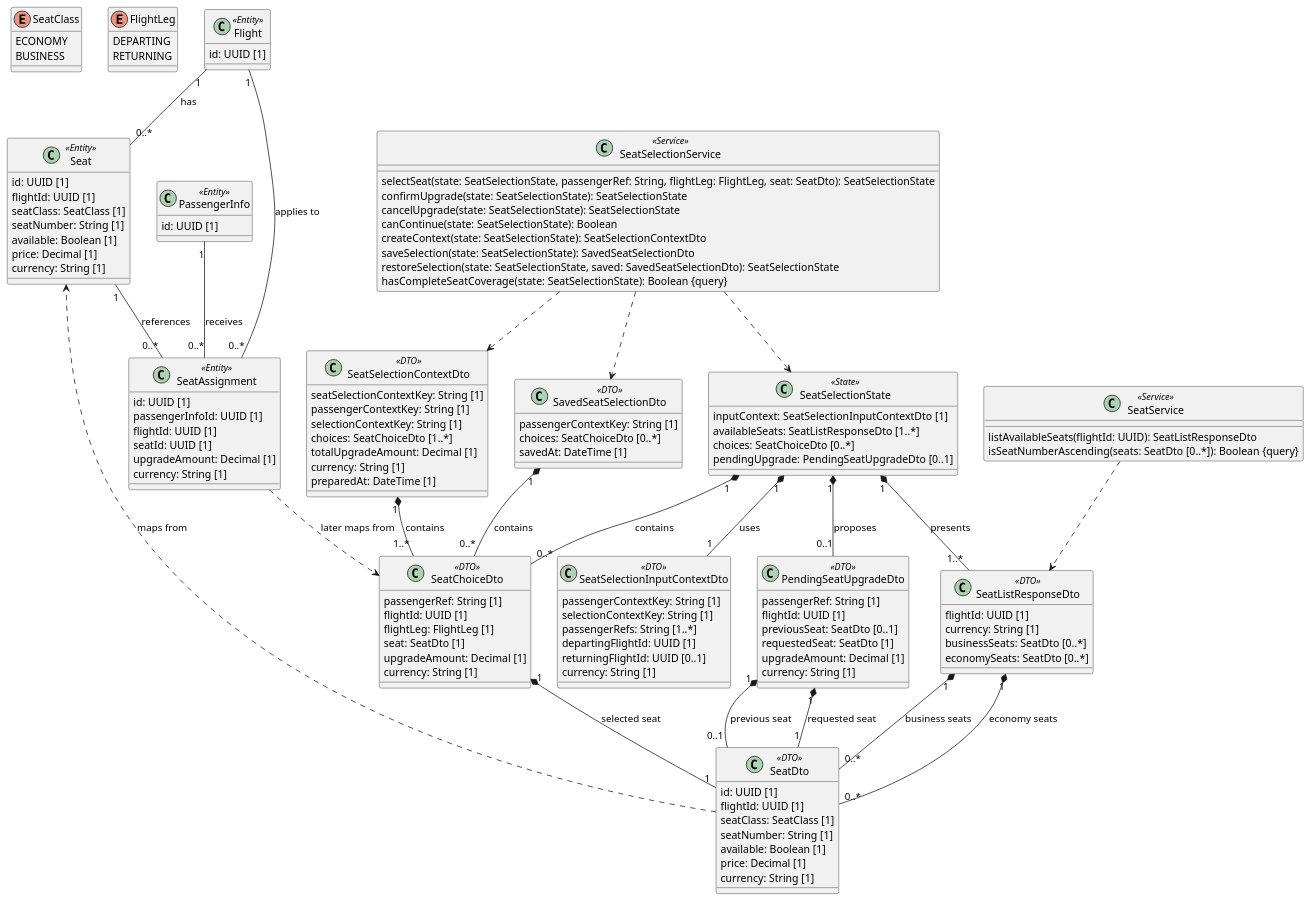
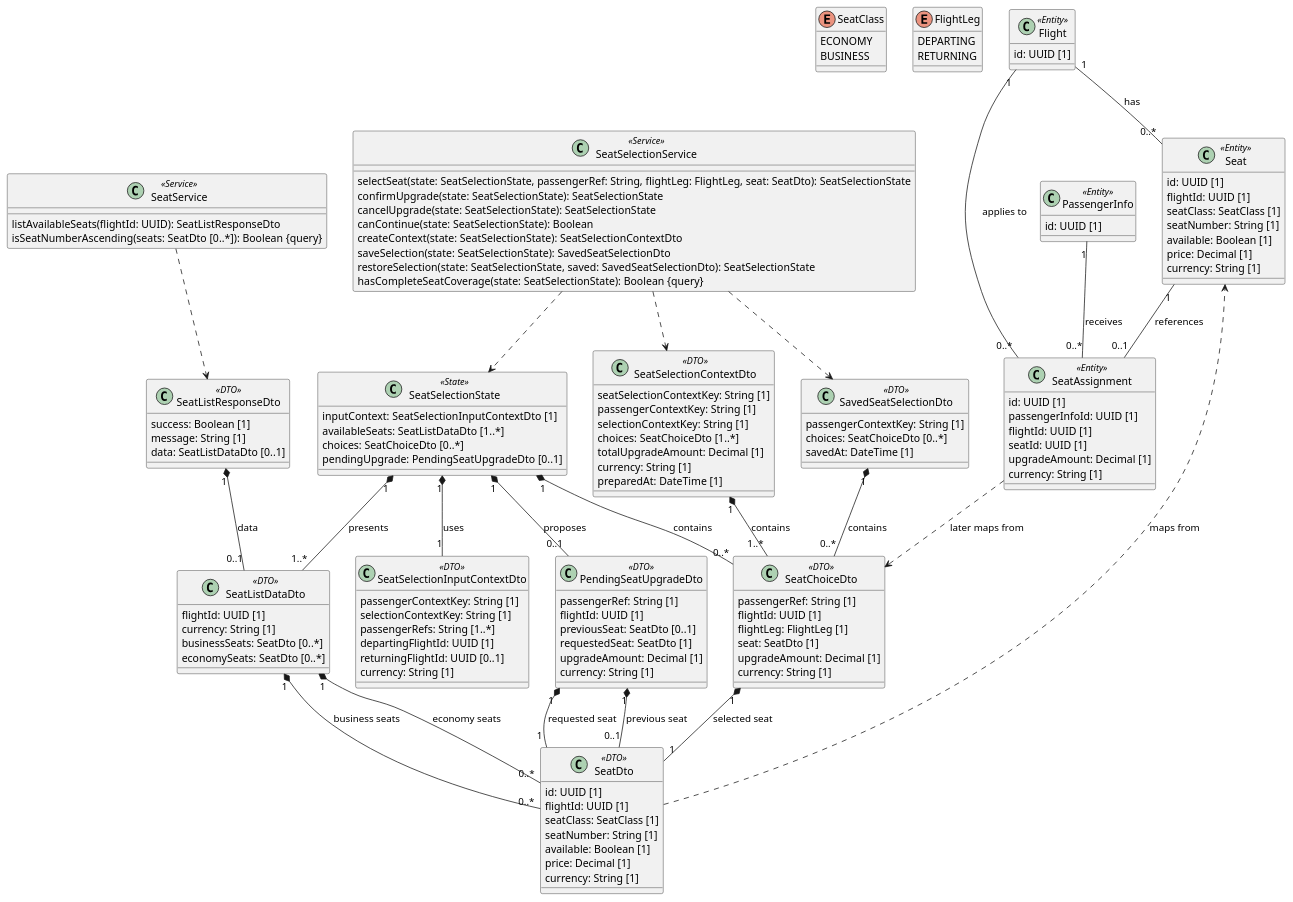
Before and after one commit to khanhNguyenHong2311/VT-TripmaSpecification: the diagram in 01-inception/use-cases/uc-04-select-seats.md, drawn with PlantUML. The commit also changed other lines of this file and 16 other files, not shown here.

```diff
--- a/01-inception/use-cases/uc-04-select-seats.md
+++ b/01-inception/use-cases/uc-04-select-seats.md
@@ -183,11 +183,17 @@
   currency: String [1]
 }
 
-class SeatListResponseDto <<DTO>> {
+class SeatListDataDto <<DTO>> {
   flightId: UUID [1]
   currency: String [1]
   businessSeats: SeatDto [0..*]
   economySeats: SeatDto [0..*]
+}
+
+class SeatListResponseDto <<DTO>> {
+  success: Boolean [1]
+  message: String [1]
+  data: SeatListDataDto [0..1]
 }
 
 class SeatSelectionInputContextDto <<DTO>> {
@@ -219,7 +225,7 @@
 
 class SeatSelectionState <<State>> {
   inputContext: SeatSelectionInputContextDto [1]
-  availableSeats: SeatListResponseDto [1..*]
+  availableSeats: SeatListDataDto [1..*]
   choices: SeatChoiceDto [0..*]
   pendingUpgrade: PendingSeatUpgradeDto [0..1]
 }
@@ -259,15 +265,16 @@
 Flight "1" -- "0..*" Seat : has
 PassengerInfo "1" -- "0..*" SeatAssignment : receives
 Flight "1" -- "0..*" SeatAssignment : applies to
-Seat "1" -- "0..*" SeatAssignment : references
+Seat "1" -- "0..1" SeatAssignment : references
 
-SeatListResponseDto "1" *-- "0..*" SeatDto : business seats
-SeatListResponseDto "1" *-- "0..*" SeatDto : economy seats
+SeatListDataDto "1" *-- "0..*" SeatDto : business seats
+SeatListDataDto "1" *-- "0..*" SeatDto : economy seats
+SeatListResponseDto "1" *-- "0..1" SeatListDataDto : data
 SeatChoiceDto "1" *-- "1" SeatDto : selected seat
 PendingSeatUpgradeDto "1" *-- "0..1" SeatDto : previous seat
 PendingSeatUpgradeDto "1" *-- "1" SeatDto : requested seat
 SeatSelectionState "1" *-- "1" SeatSelectionInputContextDto : uses
-SeatSelectionState "1" *-- "1..*" SeatListResponseDto : presents
+SeatSelectionState "1" *-- "1..*" SeatListDataDto : presents
 SeatSelectionState "1" *-- "0..*" SeatChoiceDto : contains
 SeatSelectionState "1" *-- "0..1" PendingSeatUpgradeDto : proposes
 SeatSelectionContextDto "1" *-- "1..*" SeatChoiceDto : contains
```
